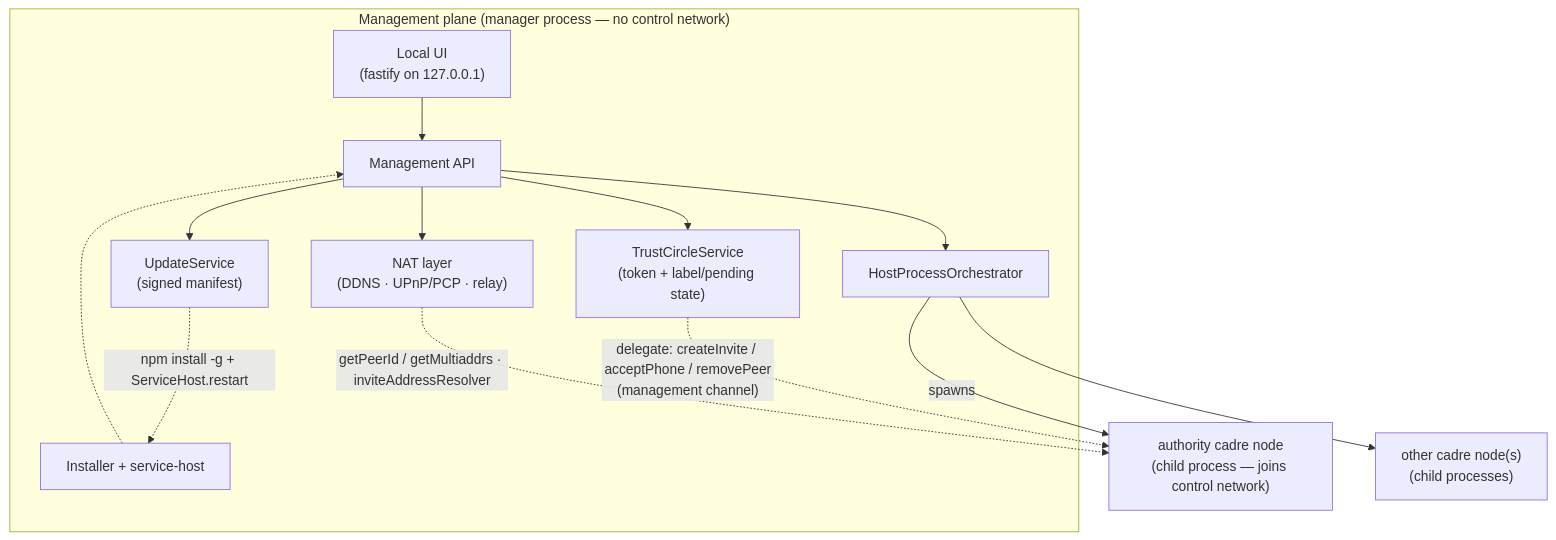
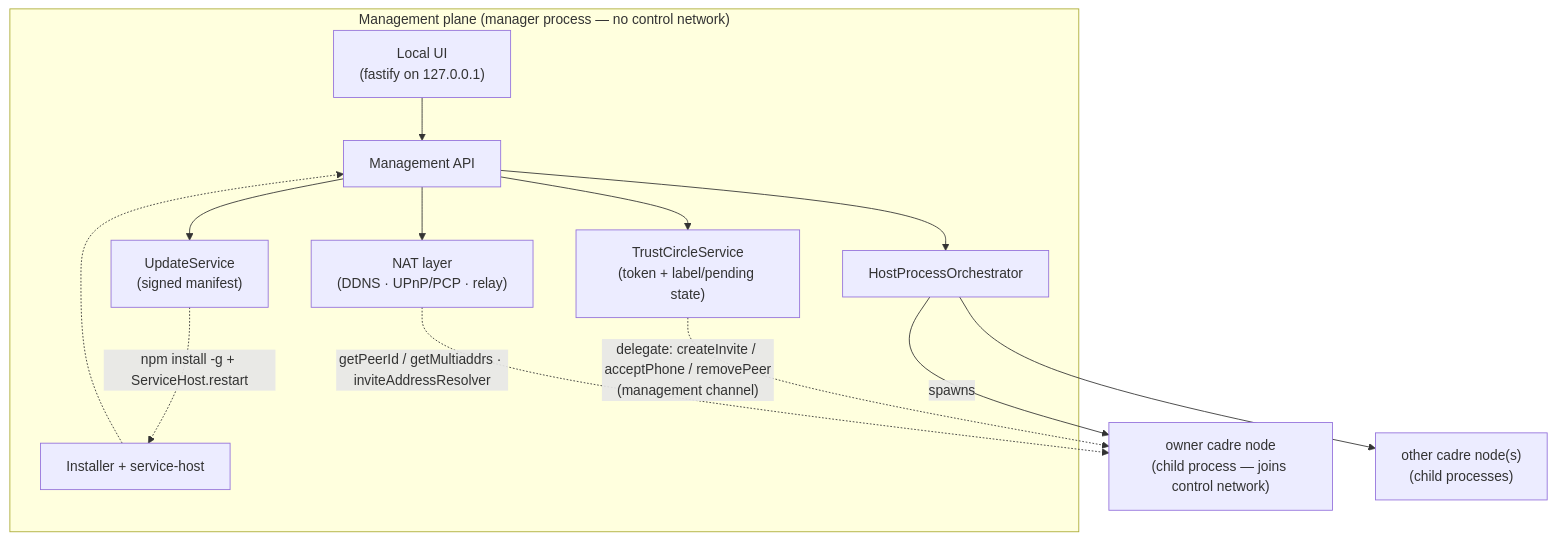
One commit to gotchoices/sereus changed the second of 2 diagrams in docs/cadre-host.md. Above: the diagram before and after it, drawn with Mermaid. The commit also changed other lines of this file and 127 other files, not shown here.

Commit message:
ticket(implement): rename-cadre-authority-to-owner

````diff
--- a/docs/cadre-host.md
+++ b/docs/cadre-host.md
@@ -370,23 +370,23 @@
 ```mermaid
 graph TD
     subgraph MP["Management plane (manager process — no control network)"]
         UI["Local UI<br/>(fastify on 127.0.0.1)"]
         Mgmt["Management API"]
         Orch["HostProcessOrchestrator"]
         TC["TrustCircleService<br/>(token + label/pending state)"]
         NAT["NAT layer<br/>(DDNS · UPnP/PCP · relay)"]
         Upd["UpdateService<br/>(signed manifest)"]
         Install["Installer + service-host"]
     end
     UI --> Mgmt
     Mgmt --> Orch
     Mgmt --> TC
     Mgmt --> NAT
     Mgmt --> Upd
     Upd -. "npm install -g + ServiceHost.restart" .-> Install
-    Orch -->|spawns| AN["authority cadre node<br/>(child process — joins control network)"]
+    Orch -->|spawns| AN["owner cadre node<br/>(child process — joins control network)"]
     Orch --> NN["other cadre node(s)<br/>(child processes)"]
     TC -. "delegate: createInvite / acceptPhone / removePeer<br/>(management channel)" .-> AN
     NAT -. "getPeerId / getMultiaddrs · inviteAddressResolver" .-> AN
     Install -.-> Mgmt
 ```
````
